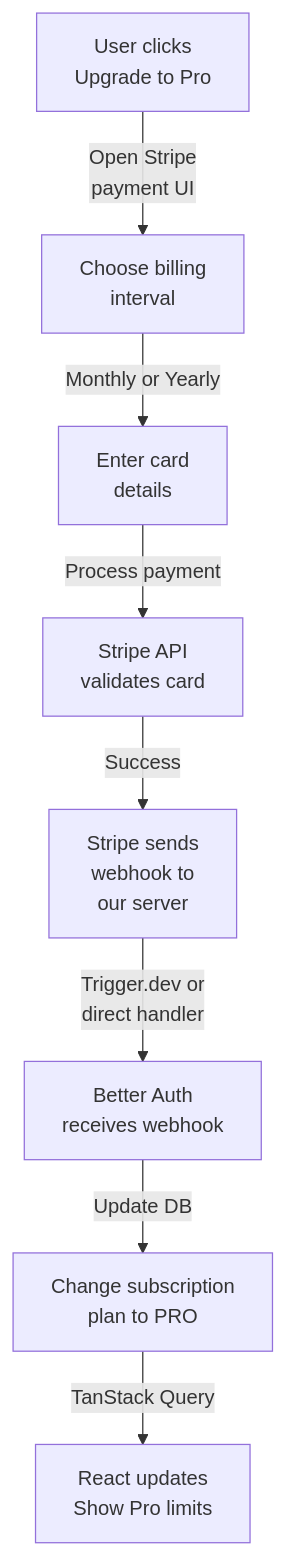
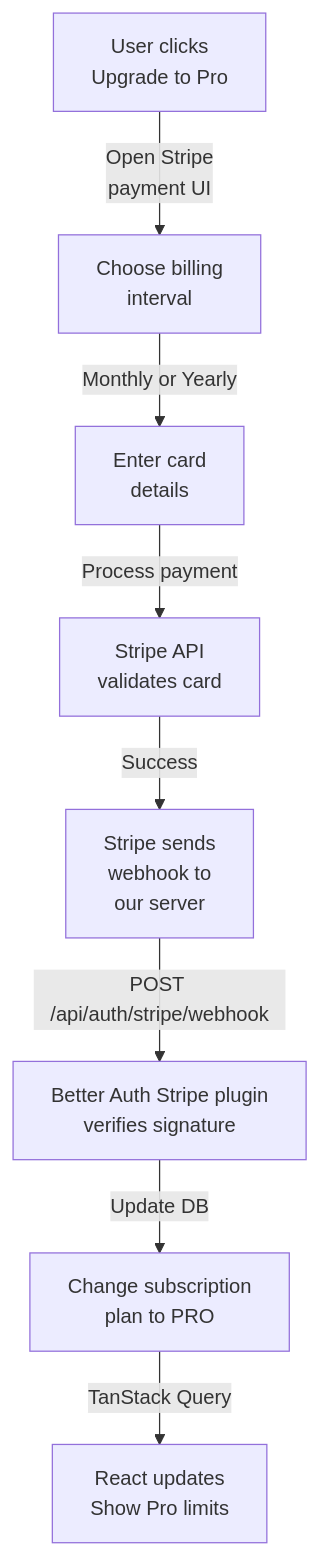
Before and after one commit to anshulgupta48/RankSEO-WebApp: diagram 19 of 23 in docs/HOW_IT_WORKS.md, drawn with Mermaid. The commit also changed other lines of this file, not shown here.

````diff
--- a/docs/HOW_IT_WORKS.md
+++ b/docs/HOW_IT_WORKS.md
@@ -438,10 +545,10 @@
 ```mermaid
 flowchart TD
     A["User clicks<br/>Upgrade to Pro"] -->|Open Stripe<br/>payment UI| B["Choose billing<br/>interval"]
     B -->|Monthly or Yearly| C["Enter card<br/>details"]
     C -->|Process payment| D["Stripe API<br/>validates card"]
     D -->|Success| E["Stripe sends<br/>webhook to<br/>our server"]
-    E -->|Trigger.dev or<br/>direct handler| F["Better Auth<br/>receives webhook"]
+    E -->|POST /api/auth/stripe/webhook| F["Better Auth Stripe plugin<br/>verifies signature"]
     F -->|Update DB| G["Change subscription<br/>plan to PRO"]
     G -->|TanStack Query| H["React updates<br/>Show Pro limits"]
 ```
````
